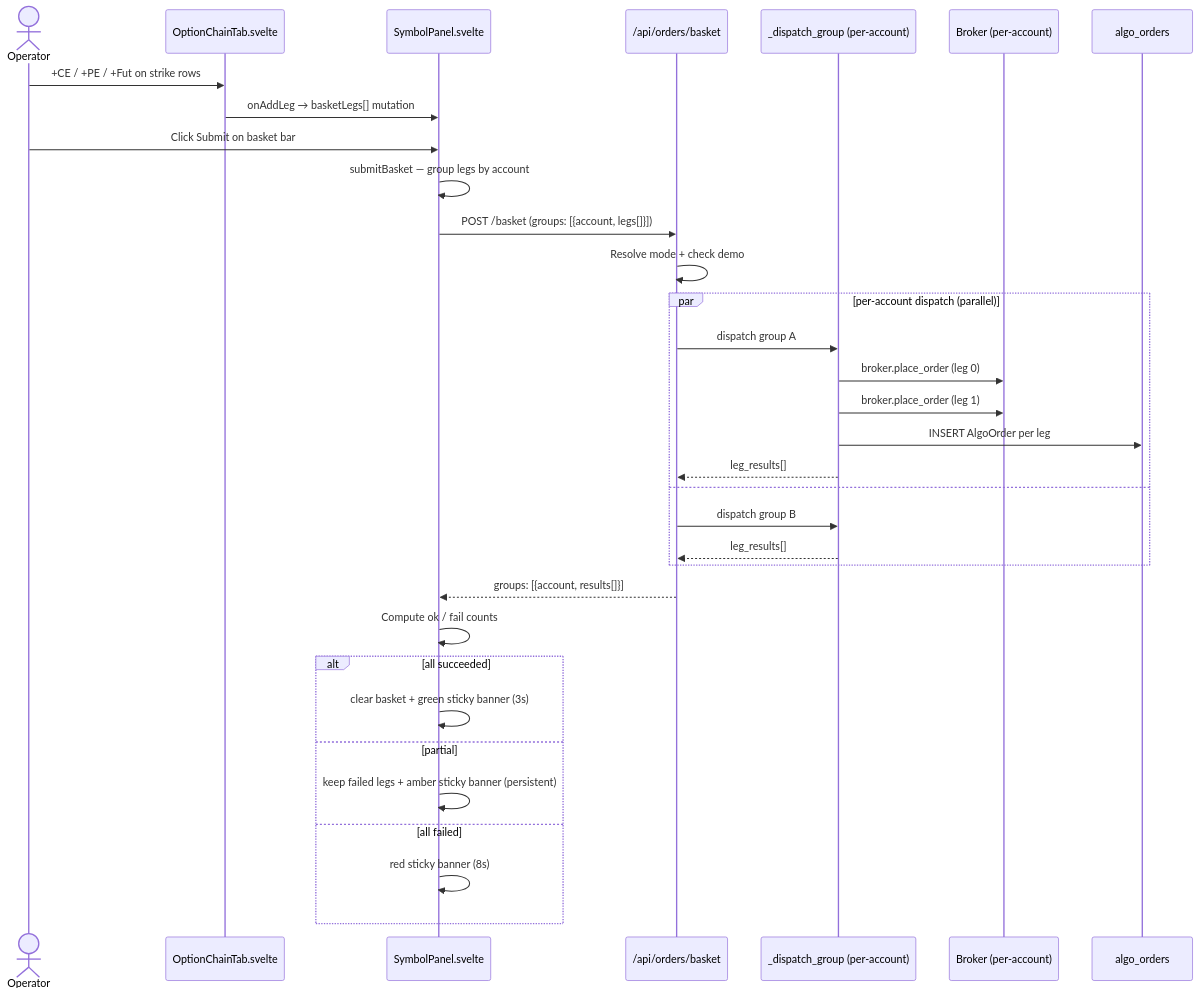
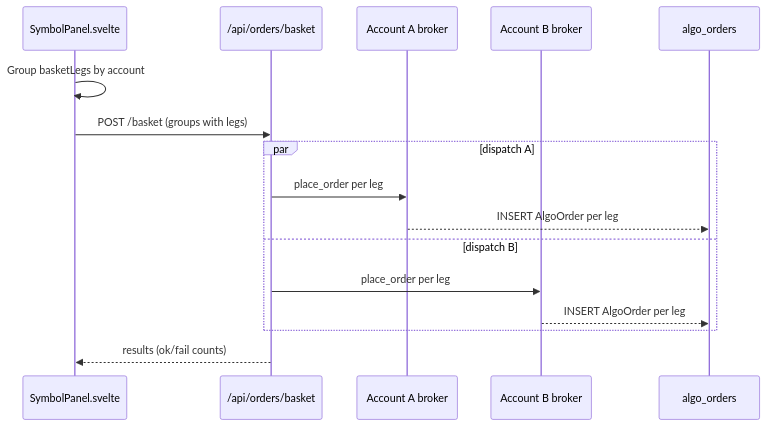
Before and after one commit to RamanaAmbore/algo-trader: the fourth of 12 diagrams in DESIGN_GUIDE.md, drawn with Mermaid. The commit also changed other lines of this file and 6 other files, not shown here.

````diff
--- a/DESIGN_GUIDE.md
+++ b/DESIGN_GUIDE.md
@@ -623,36 +542,19 @@
 ```mermaid
 sequenceDiagram
-    actor OP as Operator
-    participant OCT as OptionChainTab.svelte
     participant SP as SymbolPanel.svelte
     participant API as /api/orders/basket
-    participant DG as _dispatch_group (per-account)
-    participant BR as Broker (per-account)
+    participant BR1 as Account A broker
+    participant BR2 as Account B broker
     participant DB as algo_orders
 
-    OP->>OCT: +CE / +PE / +Fut on strike rows
-    OCT->>SP: onAddLeg → basketLegs[] mutation
-    OP->>SP: Click Submit on basket bar
-    SP->>SP: submitBasket — group legs by account
-    SP->>API: POST /basket (groups: [{account, legs[]}])
-    API->>API: Resolve mode + check demo
-    par per-account dispatch (parallel)
-        API->>DG: dispatch group A
-        DG->>BR: broker.place_order (leg 0)
-        DG->>BR: broker.place_order (leg 1)
-        DG->>DB: INSERT AlgoOrder per leg
-        DG-->>API: leg_results[]
-    and
-        API->>DG: dispatch group B
-        DG-->>API: leg_results[]
+    SP->>SP: Group basketLegs by account
+    SP->>API: POST /basket (groups with legs)
+    par dispatch A
+        API->>BR1: place_order per leg
+        BR1-->>DB: INSERT AlgoOrder per leg
+    and dispatch B
+        API->>BR2: place_order per leg
+        BR2-->>DB: INSERT AlgoOrder per leg
     end
-    API-->>SP: groups: [{account, results[]}]
-    SP->>SP: Compute ok / fail counts
-    alt all succeeded
-        SP->>SP: clear basket + green sticky banner (3s)
-    else partial
-        SP->>SP: keep failed legs + amber sticky banner (persistent)
-    else all failed
-        SP->>SP: red sticky banner (8s)
-    end
+    API-->>SP: results (ok/fail counts)
 ```
````
